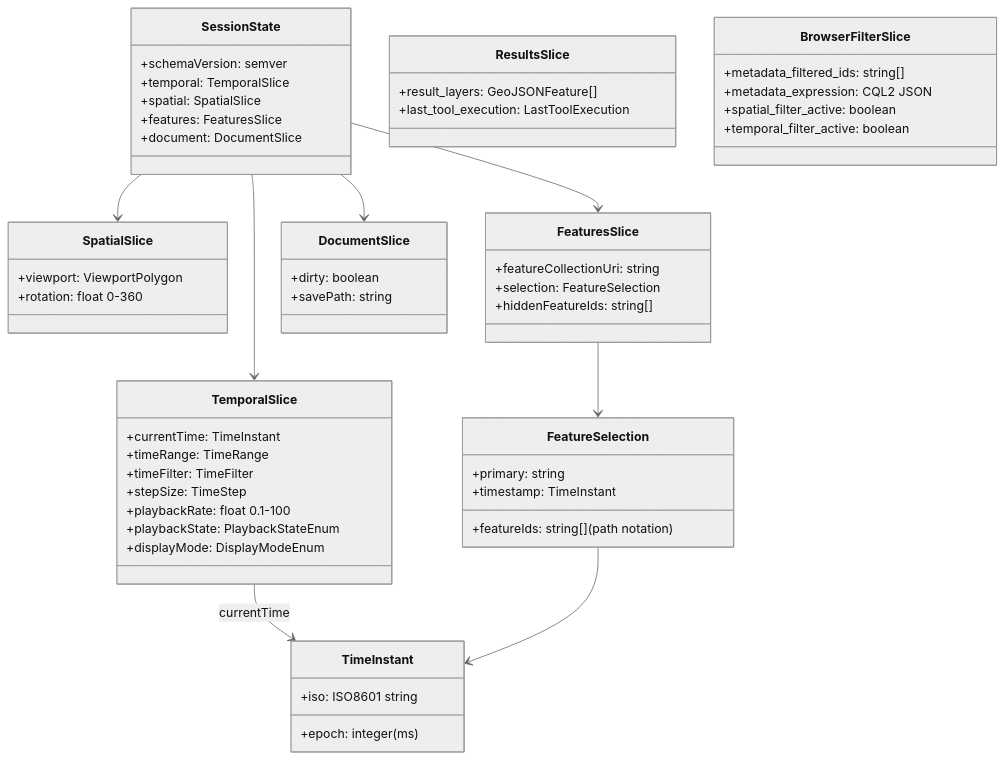
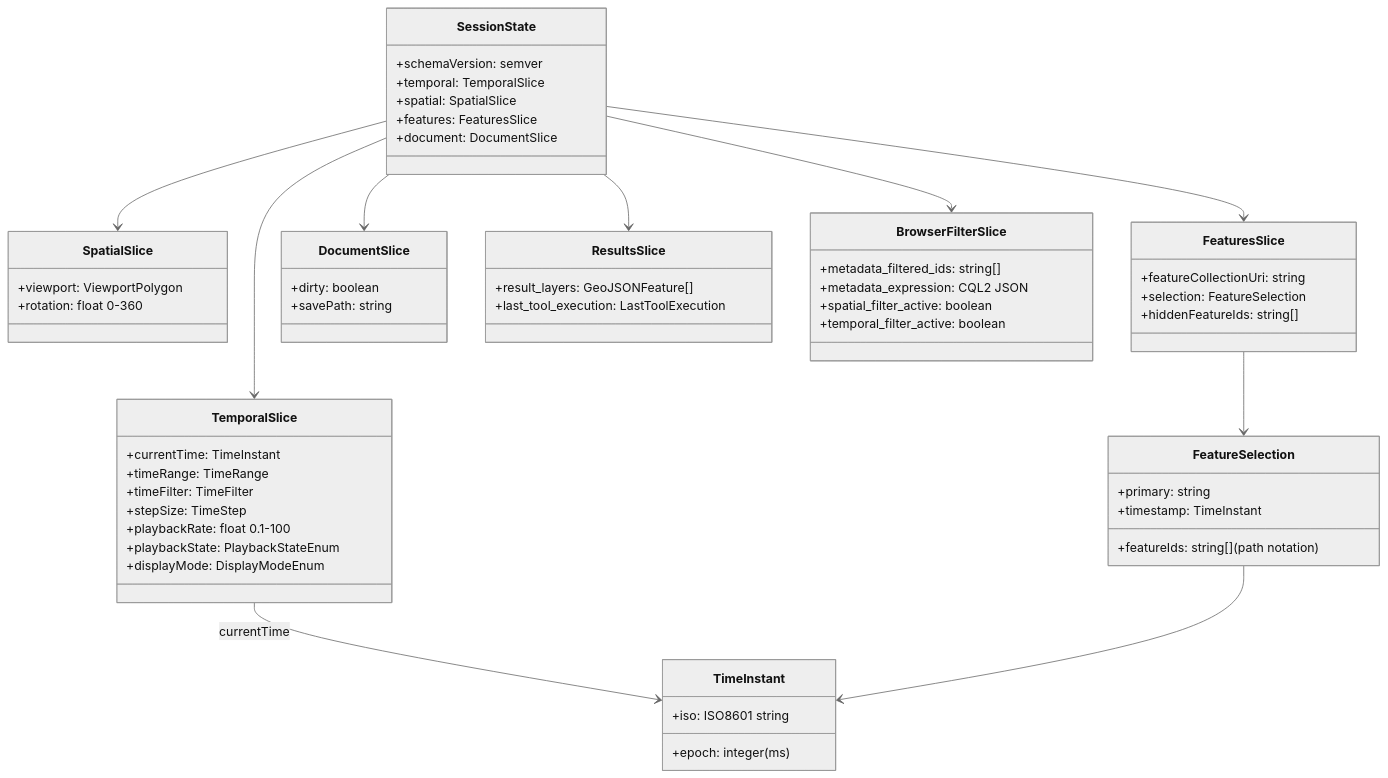
The ninth of 11 diagrams in docs/data-models.md (debrief/debrief-future), drawn with Mermaid (neutral theme) before and after one commit. The commit also changed other lines of this file, not shown here.

First line of the commit message:
docs: fix consistency issues in data models diagrams

````diff
--- a/docs/data-models.md
+++ b/docs/data-models.md
@@ -596,69 +638,71 @@
 ```mermaid
 classDiagram
     direction TB
 
     class SessionState {
         +schemaVersion: semver
         +temporal: TemporalSlice
         +spatial: SpatialSlice
         +features: FeaturesSlice
         +document: DocumentSlice
     }
 
     class TemporalSlice {
         +currentTime: TimeInstant
         +timeRange: TimeRange
         +timeFilter: TimeFilter
         +stepSize: TimeStep
         +playbackRate: float 0.1-100
         +playbackState: PlaybackStateEnum
         +displayMode: DisplayModeEnum
     }
 
     class SpatialSlice {
         +viewport: ViewportPolygon
         +rotation: float 0-360
     }
 
     class FeaturesSlice {
         +featureCollectionUri: string
         +selection: FeatureSelection
         +hiddenFeatureIds: string[]
     }
 
     class DocumentSlice {
         +dirty: boolean
         +savePath: string
     }
 
     class ResultsSlice {
         +result_layers: GeoJSONFeature[]
         +last_tool_execution: LastToolExecution
     }
 
     class BrowserFilterSlice {
         +metadata_filtered_ids: string[]
         +metadata_expression: CQL2 JSON
         +spatial_filter_active: boolean
         +temporal_filter_active: boolean
     }
 
     class TimeInstant {
         +epoch: integer (ms)
         +iso: ISO8601 string
     }
 
     class FeatureSelection {
         +featureIds: string[] (path notation)
         +primary: string
         +timestamp: TimeInstant
     }
 
     SessionState --> TemporalSlice
     SessionState --> SpatialSlice
     SessionState --> FeaturesSlice
     SessionState --> DocumentSlice
+    SessionState --> ResultsSlice
+    SessionState --> BrowserFilterSlice
     TemporalSlice --> TimeInstant : currentTime
     FeaturesSlice --> FeatureSelection
     FeatureSelection --> TimeInstant
 ```
````
